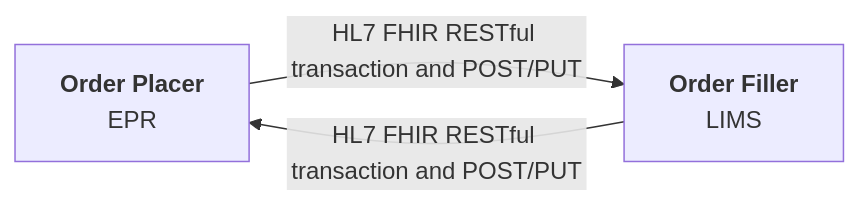
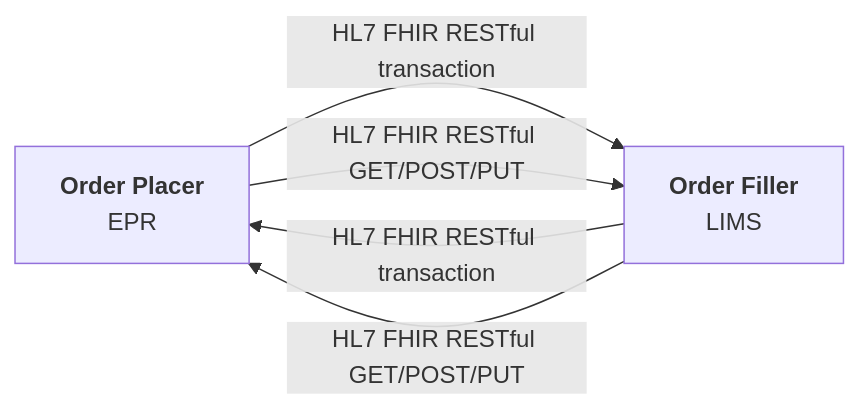
Before and after one commit to uk-gov-mirror/nw-gmsa.nw-gmsa.github.com: the third of 4 diagrams in input/pagecontent/interaction-options.md, drawn with Mermaid. The commit also changed other lines of this file, not shown here.

Commit message:
v2 and FHIR Options

````diff
--- a/input/pagecontent/interaction-options.md
+++ b/input/pagecontent/interaction-options.md
@@ -49,5 +49,7 @@
 ```mermaid
 graph LR
-    OrderPlacer[<b>Order Placer</b><br/>EPR] --> |HL7 FHIR RESTful transaction and POST/PUT| OrderFiller
-    OrderFiller[<b>Order Filler</b><br/>LIMS] --> |HL7 FHIR RESTful transaction and POST/PUT| OrderPlacer  
+    OrderPlacer[<b>Order Placer</b><br/>EPR] --> |HL7 FHIR RESTful transaction| OrderFiller
+    OrderPlacer[<b>Order Placer</b><br/>EPR] --> |HL7 FHIR RESTful GET/POST/PUT| OrderFiller
+    OrderFiller[<b>Order Filler</b><br/>LIMS] --> |HL7 FHIR RESTful transaction| OrderPlacer  
+    OrderFiller[<b>Order Filler</b><br/>LIMS] --> |HL7 FHIR RESTful GET/POST/PUT| OrderPlacer   
 ```
````
